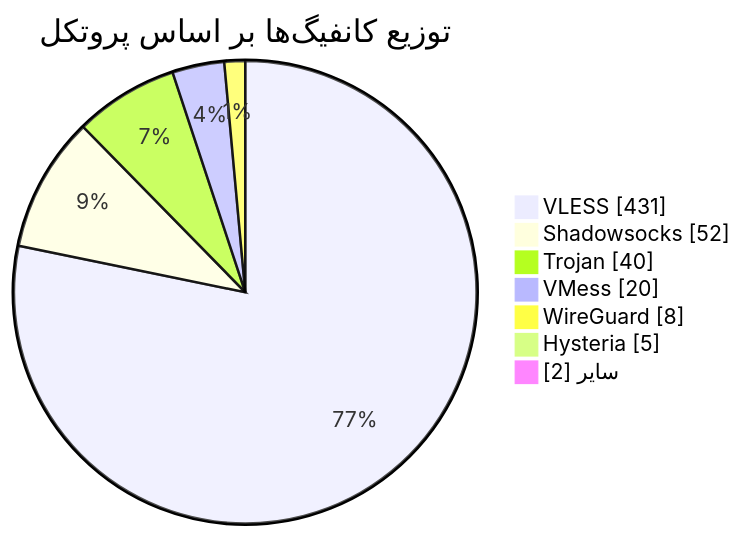
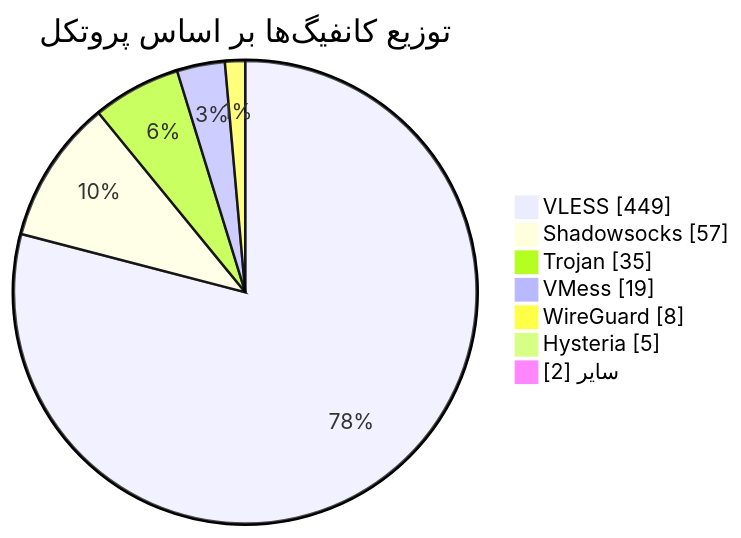
Before and after one commit to Arian-Alijani/Somthing: the diagram in README.md, drawn with Mermaid. The commit also changed other lines of this file and 15 other files, not shown here.

````diff
--- a/README.md
+++ b/README.md
@@ -49,11 +49,11 @@
 ```mermaid
 pie showData
     title توزیع کانفیگ‌ها بر اساس پروتکل
-    "VLESS" : 431
-    "Shadowsocks" : 52
-    "Trojan" : 40
-    "VMess" : 20
+    "VLESS" : 449
+    "Shadowsocks" : 57
+    "Trojan" : 35
+    "VMess" : 19
     "WireGuard" : 8
     "Hysteria" : 5
     "سایر" : 2
 ```
````
